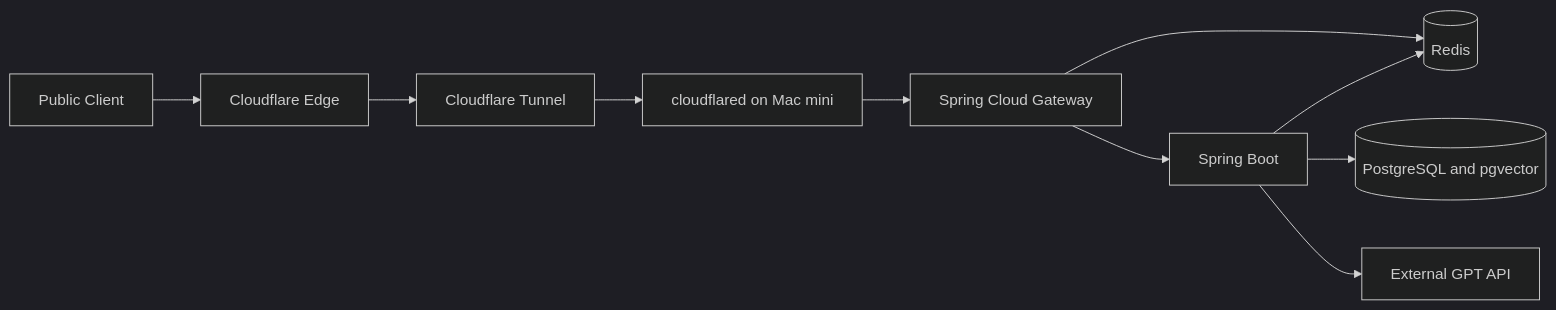
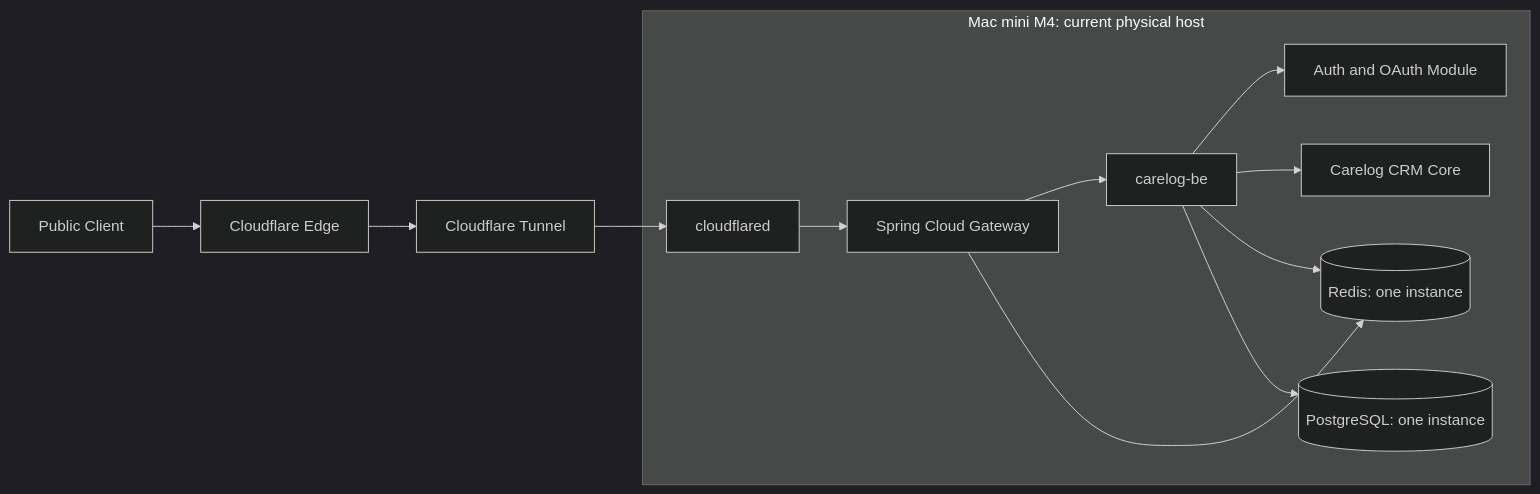
Before and after one commit to ranikun-labs/carelog-be: the first of 5 diagrams in docs/architecture/runtime-deployment-profiles.md, drawn with Mermaid (dark theme). The commit also changed other lines of this file and 1 other file, not shown here.

Commit message:
docs(architecture): 제품과 공용 플랫폼의 서비스 경계를 구분

````diff
--- a/docs/architecture/runtime-deployment-profiles.md
+++ b/docs/architecture/runtime-deployment-profiles.md
@@ -23,12 +40,15 @@
 ```mermaid
 flowchart LR
     client[Public Client] --> edge[Cloudflare Edge]
     edge --> tunnel[Cloudflare Tunnel]
-    tunnel --> connector[cloudflared on Mac mini]
-    connector --> gateway[Spring Cloud Gateway]
-    gateway --> backend[Spring Boot]
-    gateway --> redis[(Redis)]
-    backend --> redis
-    backend --> postgres[(PostgreSQL and pgvector)]
-    backend --> gpt[External GPT API]
+    subgraph host[Mac mini M4: current physical host]
+        connector[cloudflared] --> gateway[Spring Cloud Gateway]
+        gateway --> backend[carelog-be]
+        backend --> auth[Auth and OAuth Module]
+        backend --> core[Carelog CRM Core]
+        gateway --> redis[(Redis: one instance)]
+        backend --> redis
+        backend --> postgres[(PostgreSQL: one instance)]
+    end
+    tunnel --> connector
 ```
````
